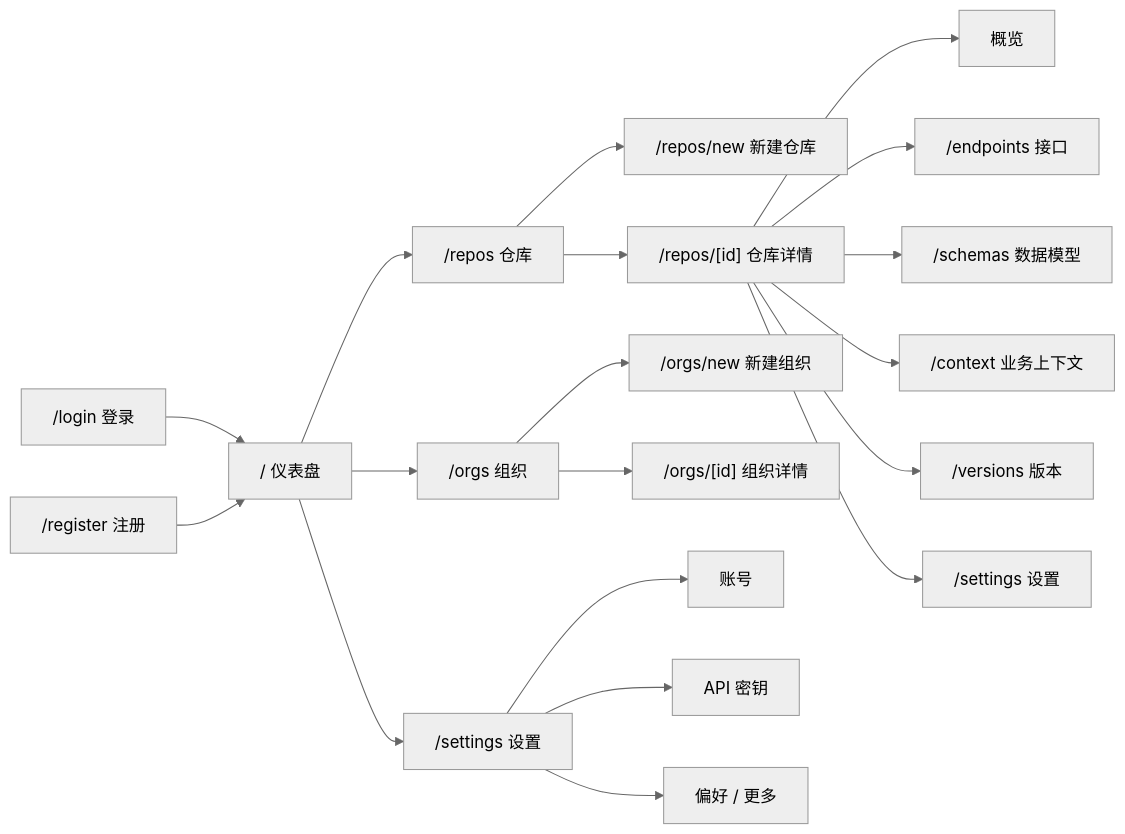
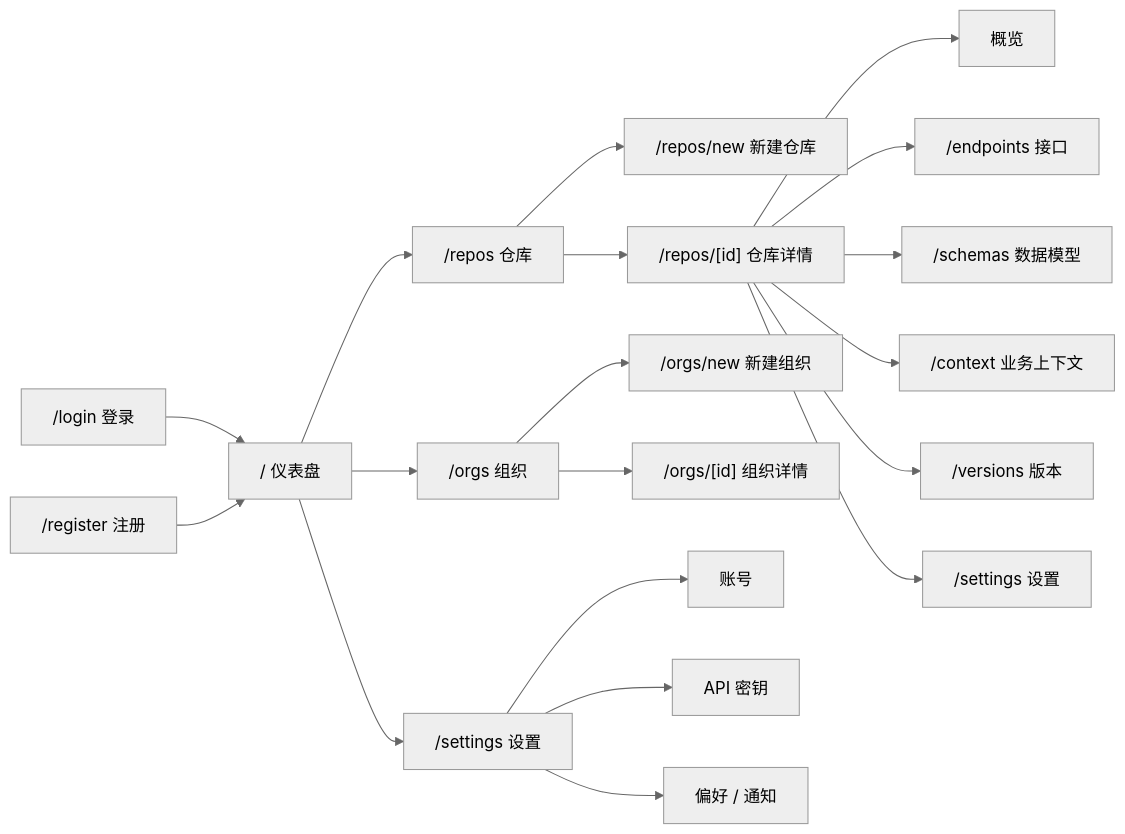
Before and after one commit to detao-labs/apigent: the diagram in docs/design/platform-ux.md, drawn with Mermaid (neutral theme). The commit also changed other lines of this file and 27 other files, not shown here.

````diff
--- a/docs/design/platform-ux.md
+++ b/docs/design/platform-ux.md
@@ -66,21 +66,21 @@
 ```mermaid
 flowchart LR
   A["/login 登录"] --> D["/ 仪表盘"]
   B["/register 注册"] --> D
   D --> R["/repos 仓库"]
   R --> RN["/repos/new 新建仓库"]
   R --> RD["/repos/[id] 仓库详情"]
   RD --> RT1["概览"]
   RD --> RT2["/endpoints 接口"]
   RD --> RT3["/schemas 数据模型"]
   RD --> RT4["/context 业务上下文"]
   RD --> RT5["/versions 版本"]
   RD --> RT6["/settings 设置"]
   D --> O["/orgs 组织"]
   O --> ON["/orgs/new 新建组织"]
   O --> OD["/orgs/[id] 组织详情"]
   D --> S["/settings 设置"]
   S --> S1["账号"]
   S --> S2["API 密钥"]
-  S --> S3["偏好 / 更多"]
+  S --> S3["偏好 / 通知"]
 ```
````
